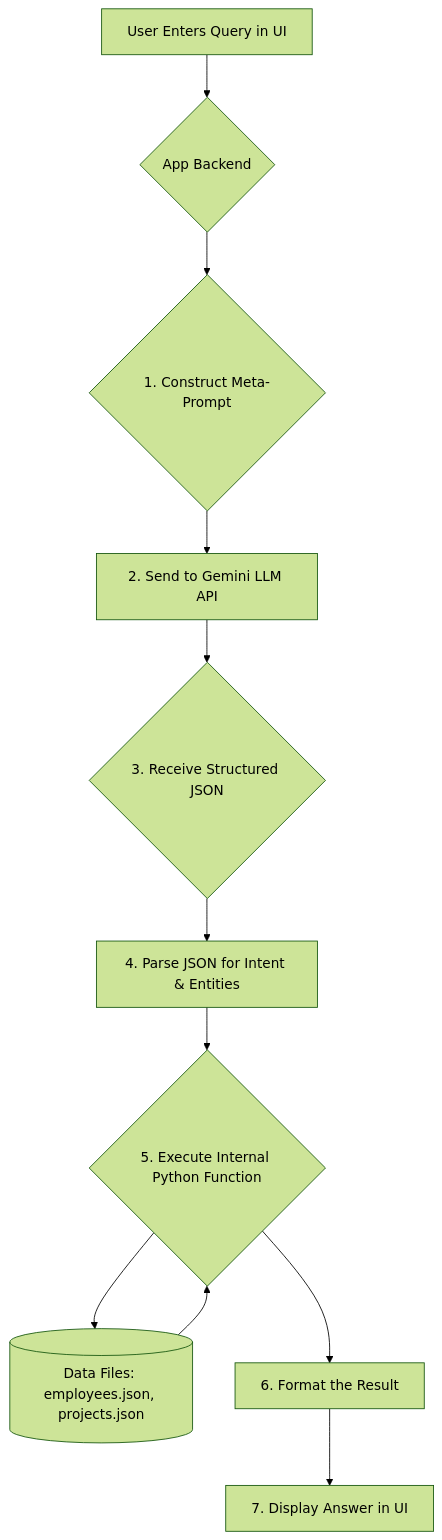
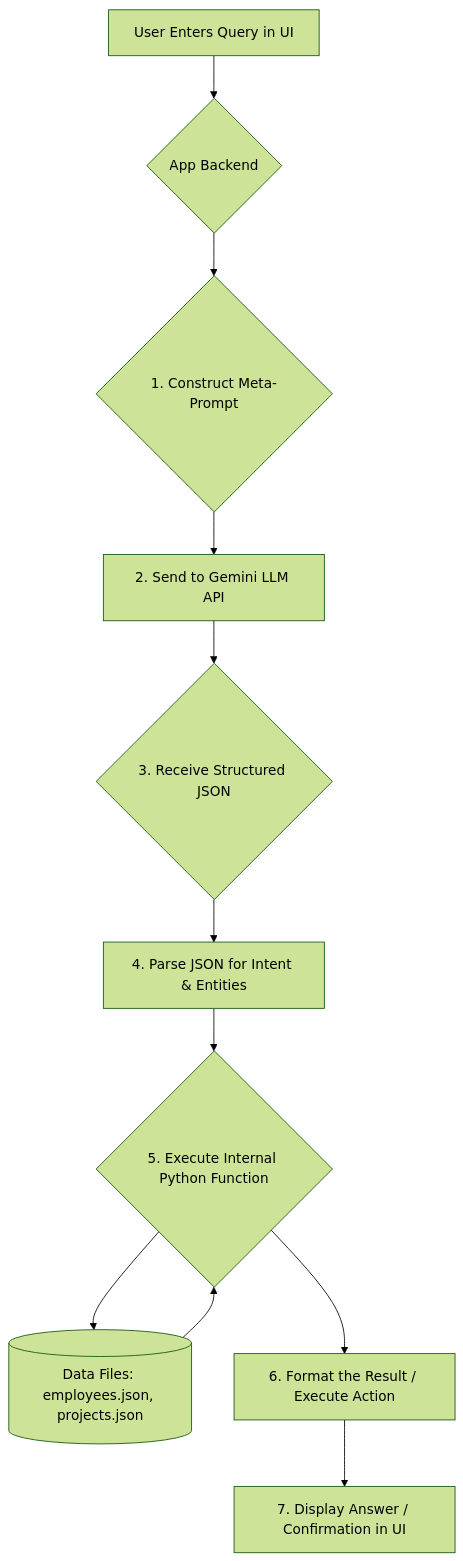
Before and after one commit to Neerajpokala/Resource-Management-Agent: the diagram in README.md, drawn with Mermaid (forest theme). The commit also changed other lines of this file, not shown here.

````diff
--- a/README.md
+++ b/README.md
@@ -49,13 +80,13 @@
 ```mermaid
 graph TD
     A[User Enters Query in UI] --> B{App Backend};
     B --> C{1. Construct Meta-Prompt};
     C --> D[2. Send to Gemini LLM API];
     D --> E{3. Receive Structured JSON};
     E --> F[4. Parse JSON for Intent & Entities];
     F --> G{5. Execute Internal Python Function};
     G --> H[(Data Files: employees.json, projects.json)];
     H --> G;
-    G --> I[6. Format the Result];
-    I --> J[7. Display Answer in UI];
+    G --> I[6. Format the Result / Execute Action];
+    I --> J[7. Display Answer / Confirmation in UI];
 ```
````
